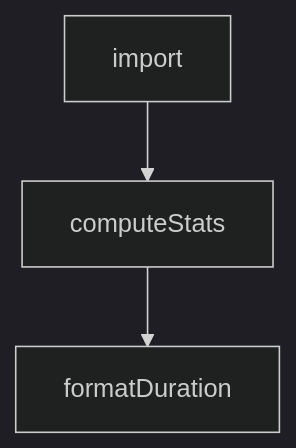
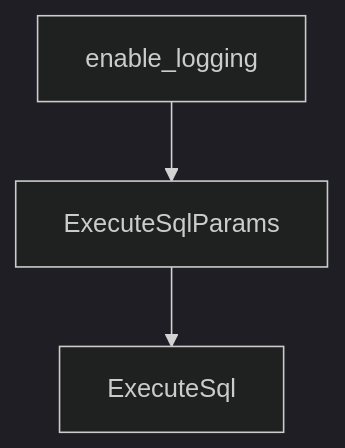
Before and after one commit to johnxie/awesome-code-docs: the diagram in tutorials/kimi-cli-tutorial/08-production-operations-and-governance.md, drawn with Mermaid (dark theme). The commit also changed other lines of this file and 1232 other files, not shown here.

````diff
--- a/tutorials/kimi-cli-tutorial/08-production-operations-and-governance.md
+++ b/tutorials/kimi-cli-tutorial/08-production-operations-and-governance.md
@@ -170,8 +168,8 @@
 ```mermaid
 flowchart TD
-    A[import]
-    B[computeStats]
-    C[formatDuration]
+    A[enable_logging]
+    B[ExecuteSqlParams]
+    C[ExecuteSql]
     A --> B
     B --> C
 ```
````
